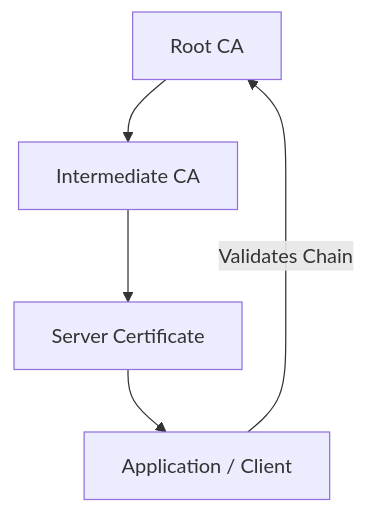
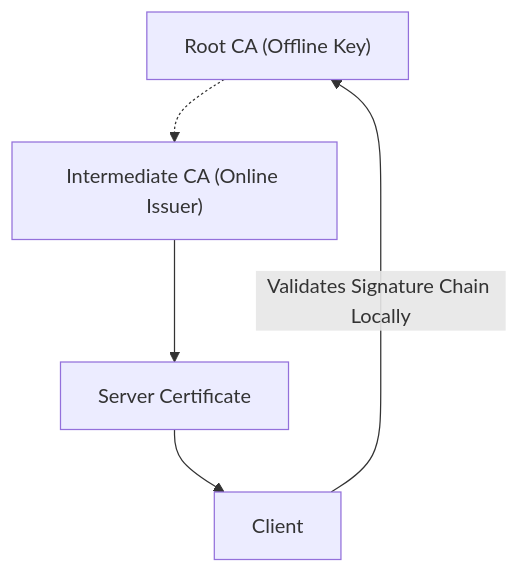
The third of 6 diagrams in content/posts/devops-deployment/index.md (norbix/norbix.dev), drawn with Mermaid before and after one commit. The commit also changed other lines of this file, not shown here.

````diff
--- a/content/posts/devops-deployment/index.md
+++ b/content/posts/devops-deployment/index.md
@@ -344,7 +415,8 @@
 ```mermaid
-graph TD
-A[Root CA] --> B[Intermediate CA]
-B --> C[Server Certificate]
-C --> D[Application / Client]
-D -->|Validates Chain| A
+flowchart TD
+  A["Root CA (Offline Key)"] -.-> B["Intermediate CA (Online Issuer)"]
+  B --> C["Server Certificate"]
+  C --> D["Client"]
+
+  D -->|Validates Signature Chain Locally| A
 ```
````
